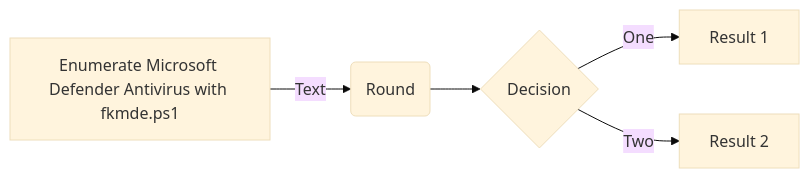
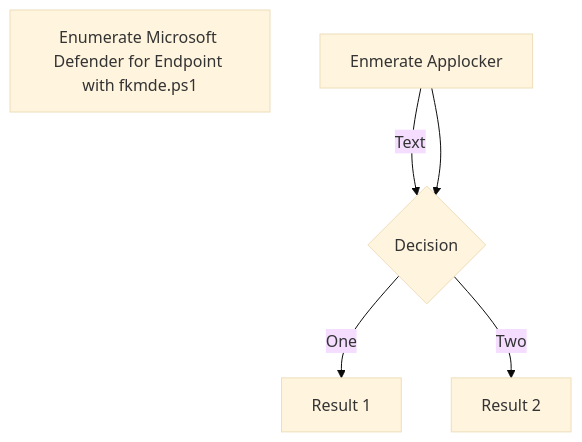
The diagram in README.md (fkxdr/fkxdr-mindmaps), drawn with Mermaid (base theme) before and after one commit.

````diff
--- a/README.md
+++ b/README.md
@@ -18,8 +18,9 @@
 ```mermaid
-flowchart LR
-    A[ Enumerate Microsoft Defender Antivirus with fkmde.ps1  ] 
-    -->| Text | B( Round )
+flowchart TD
+    A[ Enumerate Microsoft Defender for Endpoint with fkmde.ps1  ] 
+    B[ Enmerate Applocker ]
+    -->| Text | C( Round )
     B --> C{ Decision }
     C -->| One | D[ Result 1 ]
     C -->| Two | E[ Result 2 ]
 ```
````
